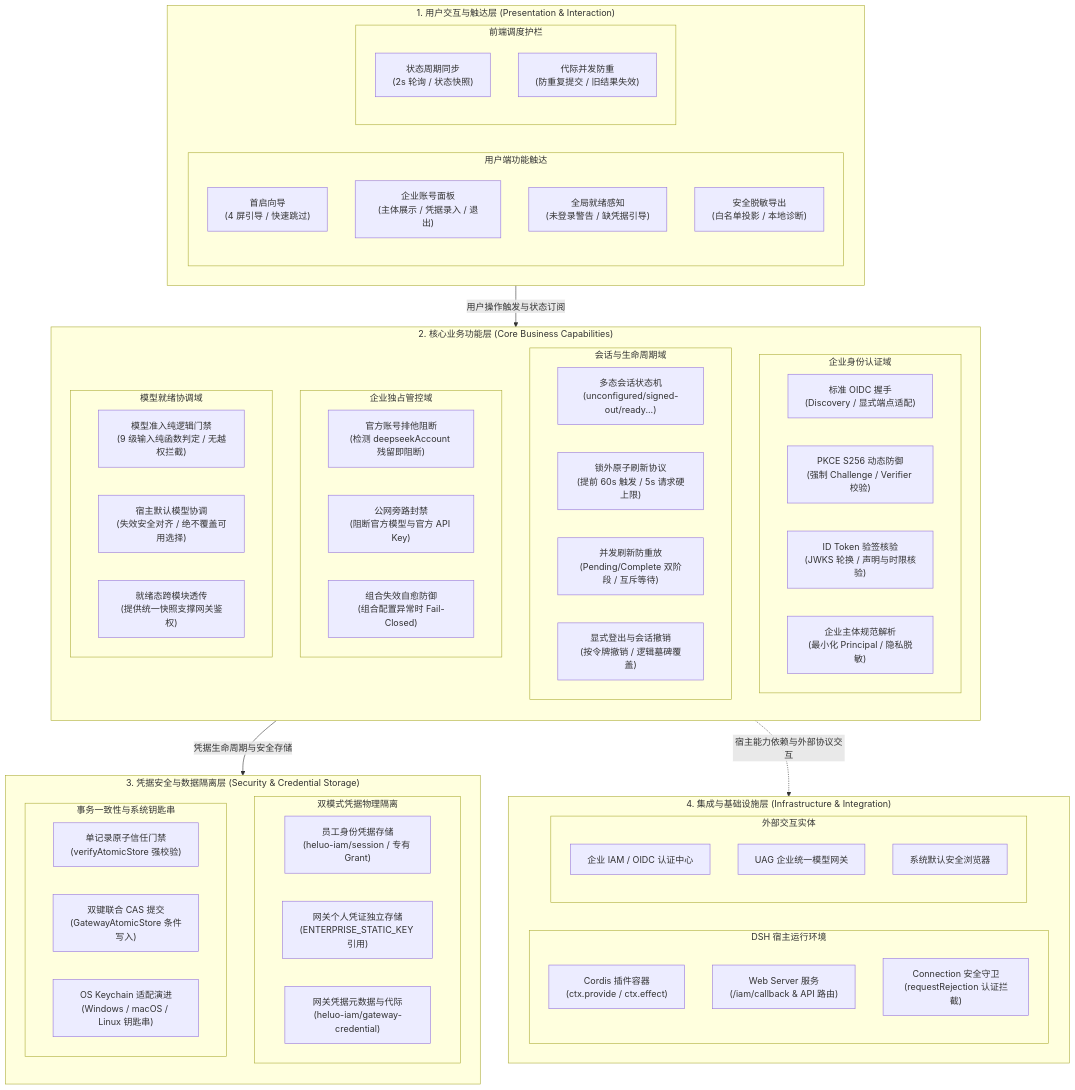
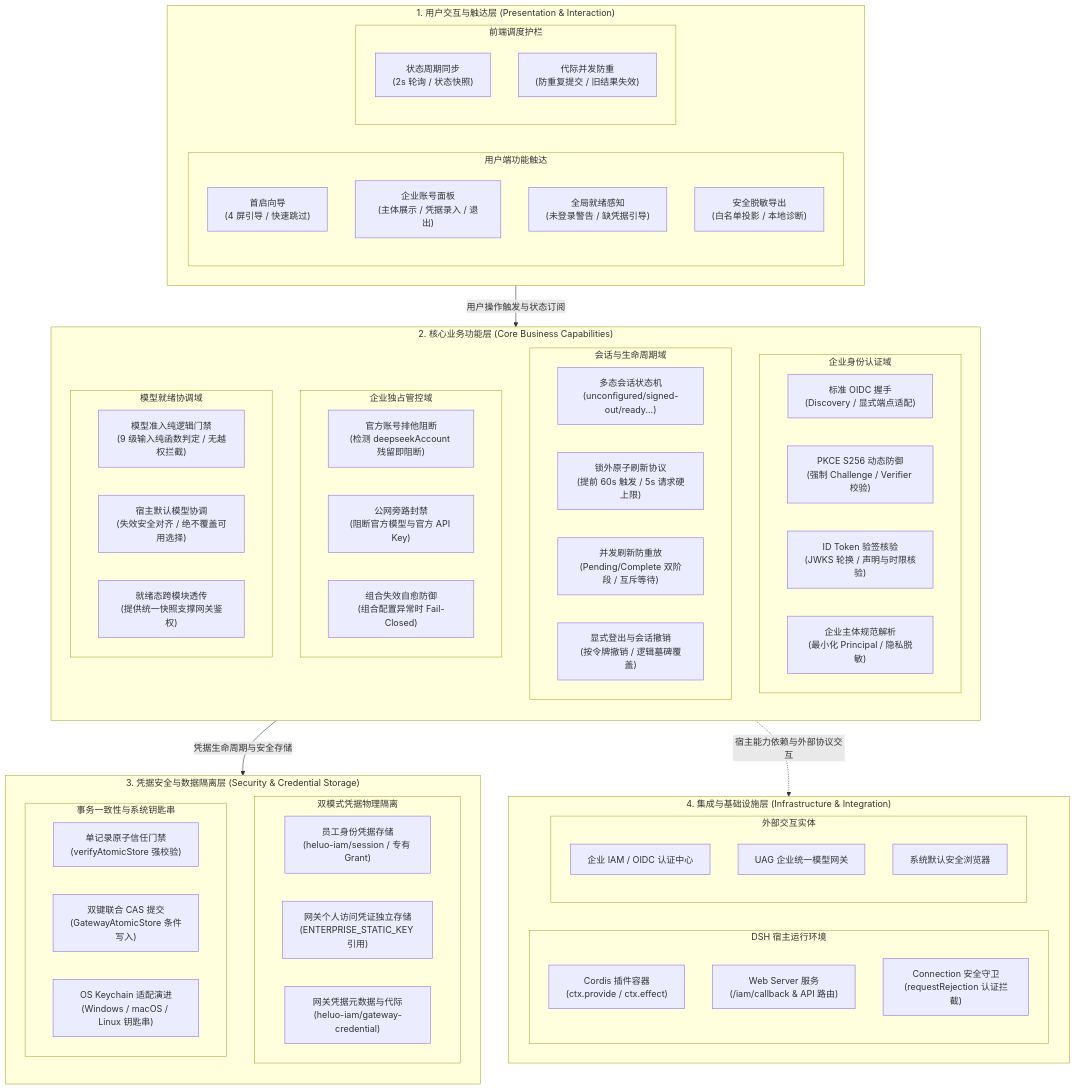
One commit to hrygo/heluo-forge changed the first of 6 diagrams in docs/design/plugins/forge-iam.md. Above: the diagram before and after it, drawn with Mermaid. The commit also changed other lines of this file and 8 other files, not shown here.

```diff
--- a/docs/design/plugins/forge-iam.md
+++ b/docs/design/plugins/forge-iam.md
@@ -168,7 +168,7 @@
     subgraph Store_Partition["双模式凭据物理隔离"]
       direction LR
       F_SessionStore["员工身份凭据存储<br/>(heluo-iam/session / 专有 Grant)"]
-      F_GatewayStore["网关个人凭证独立存储<br/>(ENTERPRISE_STATIC_KEY 引用)"]
+      F_GatewayStore["网关个人访问凭证独立存储<br/>(ENTERPRISE_STATIC_KEY 引用)"]
       F_MetaStore["网关凭据元数据与代际<br/>(heluo-iam/gateway-credential)"]
     end
     subgraph Store_Atomic["事务一致性与系统钥匙串"]
```
